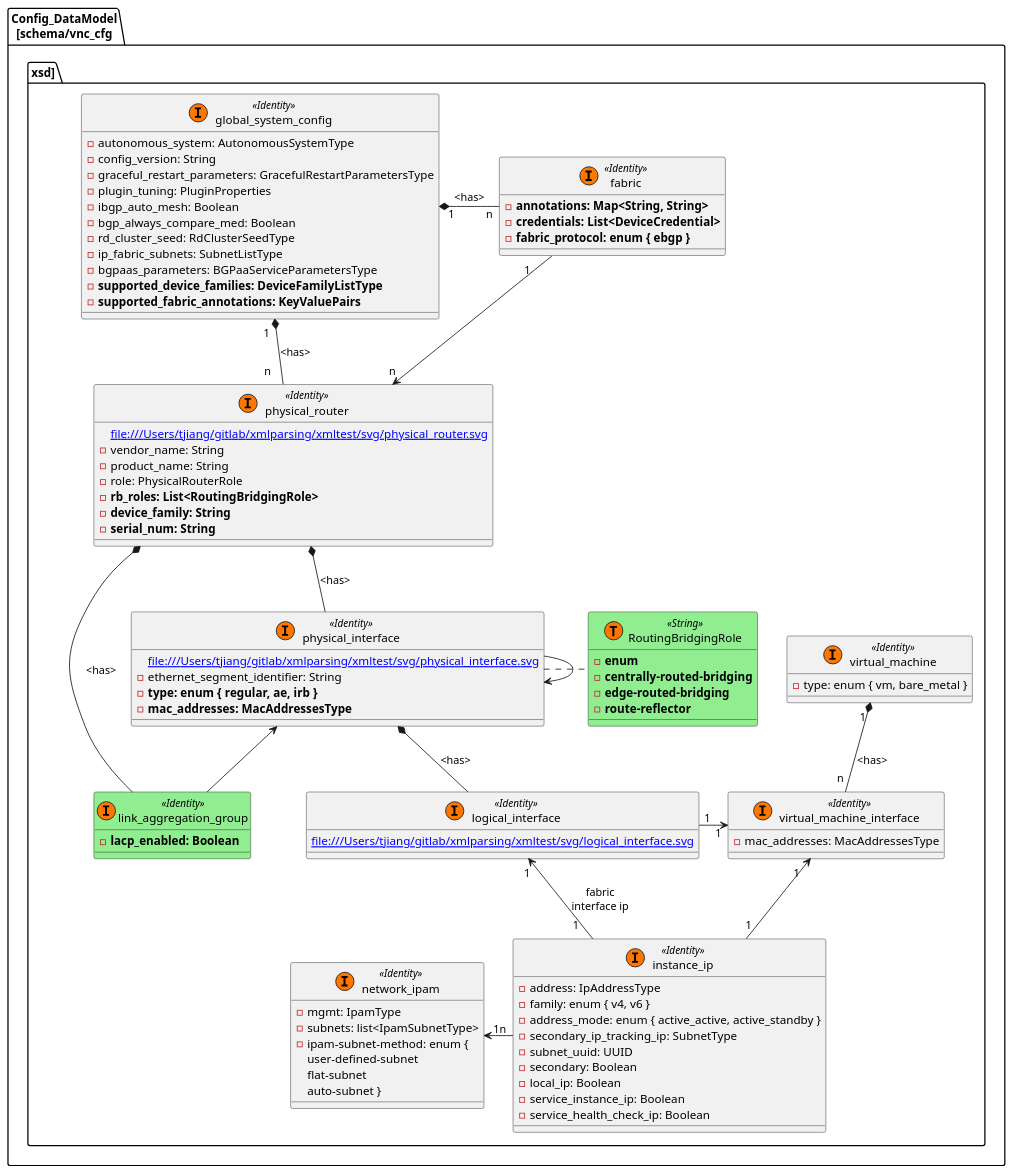
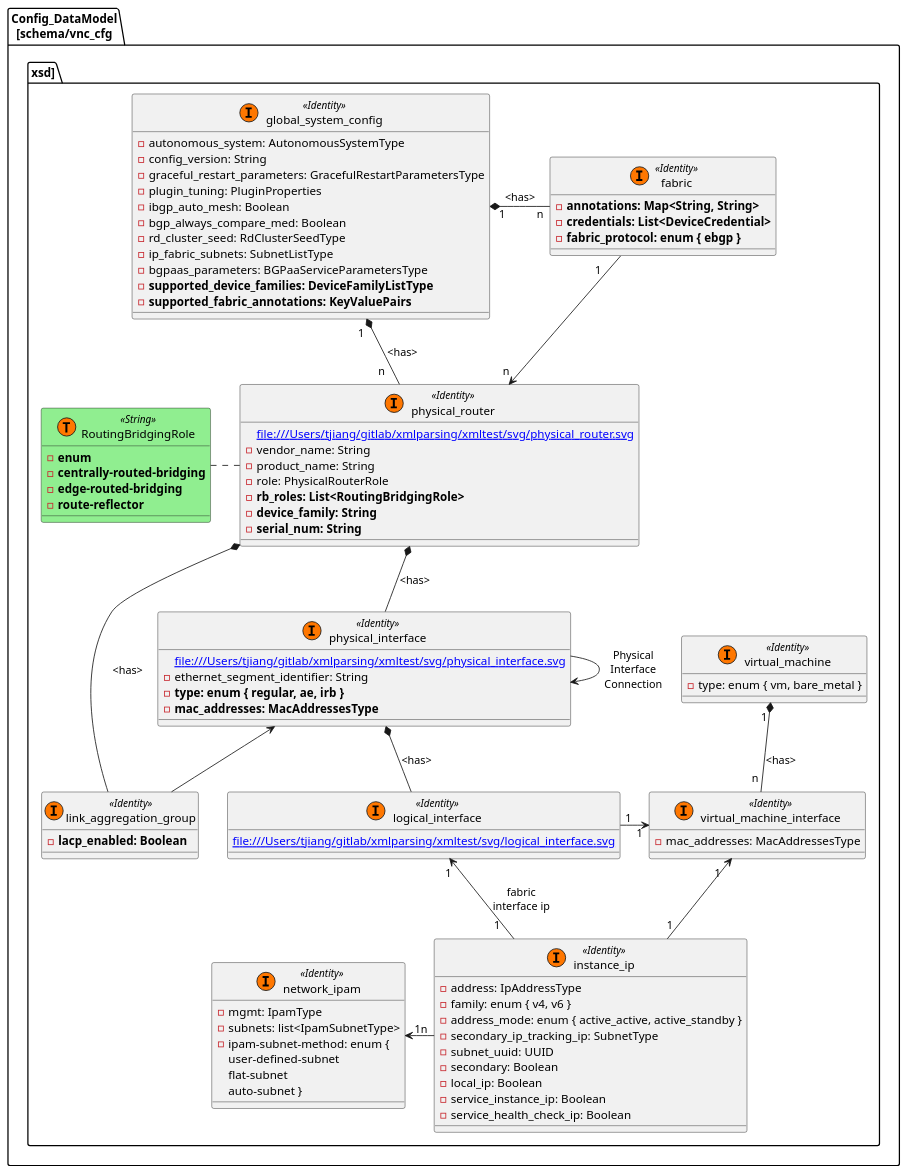
The diagram in 5.0.1-data-model/device.puml (jnpr-tjiang/cfm-data-model), drawn with PlantUML before and after one commit. The commit also changed 9 other files, not shown here.

```diff
--- a/5.0.1-data-model/device.puml
+++ b/5.0.1-data-model/device.puml
@@ -1,105 +1,105 @@
 @startuml
 package Config_DataModel\n[schema/vnc_cfg.xsd] {
 
     class global_system_config << (I, #FF7700) Identity>> {
         - autonomous_system: AutonomousSystemType
         - config_version: String
         - graceful_restart_parameters: GracefulRestartParametersType
         - plugin_tuning: PluginProperties
         - ibgp_auto_mesh: Boolean
         - bgp_always_compare_med: Boolean
         - rd_cluster_seed: RdClusterSeedType
         - ip_fabric_subnets: SubnetListType
         - bgpaas_parameters: BGPaaServiceParametersType
         - <b>supported_device_families: DeviceFamilyListType</b>
         - <b>supported_fabric_annotations: KeyValuePairs</b>
     }
 
     class physical_router << (I, #FF7700) Identity>> {
         [[file:///Users/tjiang/gitlab/xmlparsing/xmltest/svg/physical_router.svg]]
         - vendor_name: String
         - product_name: String
         - role: PhysicalRouterRole
         - <b>rb_roles: List<RoutingBridgingRole>
         - <b>device_family: String</b>
         - <b>serial_num: String</b>
     }
 
     class physical_interface << (I, #FF7700) Identity>> {
         [[file:///Users/tjiang/gitlab/xmlparsing/xmltest/svg/physical_interface.svg]]
         - ethernet_segment_identifier: String
         - <b>type: enum { regular, ae, irb }
         - <b>mac_addresses: MacAddressesType</b>
     }
 
     class logical_interface << (I, #FF7700) Identity>> {
         [[file:///Users/tjiang/gitlab/xmlparsing/xmltest/svg/logical_interface.svg]]
     }
 
-    class link_aggregation_group << (I, #FF7700) Identity>> #lightgreen {
+    class link_aggregation_group << (I, #FF7700) Identity>> {
         - <b>lacp_enabled: Boolean</b>
     }
 
 
     class virtual_machine_interface << (I, #FF7700) Identity>> {
         - mac_addresses: MacAddressesType
     }
 
     class virtual_machine << (I, #FF7700) Identity>> {
         - type: enum { vm, bare_metal }
     }
 
     class fabric << (I, #FF7700) Identity>> {
         - <b>annotations: Map<String, String>
         - <b>credentials: List<DeviceCredential>
         - <b>fabric_protocol: enum { ebgp }
     }
 
     class instance_ip << (I, #FF7700) Identity>> {
         - address: IpAddressType
         - family: enum { v4, v6 }
         - address_mode: enum { active_active, active_standby }
         - secondary_ip_tracking_ip: SubnetType
         - subnet_uuid: UUID
         - secondary: Boolean
         - local_ip: Boolean
         - service_instance_ip: Boolean
         - service_health_check_ip: Boolean
     }
 
     class network_ipam << (I, #FF7700) Identity>> {
         - mgmt: IpamType
         - subnets: list<IpamSubnetType>
         - ipam-subnet-method: enum {
             user-defined-subnet
             flat-subnet
             auto-subnet }
     }
 
     class RoutingBridgingRole << (T, #FF7700) String>> #lightgreen {
         - <b>enum
           - <b>centrally-routed-bridging
           - <b>edge-routed-bridging
           - <b>route-reflector
     }
 }
 
 global_system_config " 1   " *- "   n" fabric: <has>
 global_system_config "1  " *-- "n    " physical_router: <has>
 fabric "1     " --> "n  " physical_router
 
 physical_router *- link_aggregation_group: <has>
 physical_router *-- physical_interface: <has>
 
 physical_interface <-- link_aggregation_group
-physical_interface -> physical_interface
+physical_interface -> physical_interface: Physical\nInterface\nConnection
 physical_interface *-- logical_interface: <has>
-physical_interface . RoutingBridgingRole
+RoutingBridgingRole . physical_router
 
 virtual_machine "1 " *-- "n "virtual_machine_interface: <has>
 logical_interface "1    " -> "    1" virtual_machine_interface
 logical_interface "1 " <-- "1   " instance_ip: fabric\ninterface ip
 virtual_machine_interface "1  " <-- "1" instance_ip
 network_ipam " 1" <- "n"instance_ip
 
 @enduml
```
